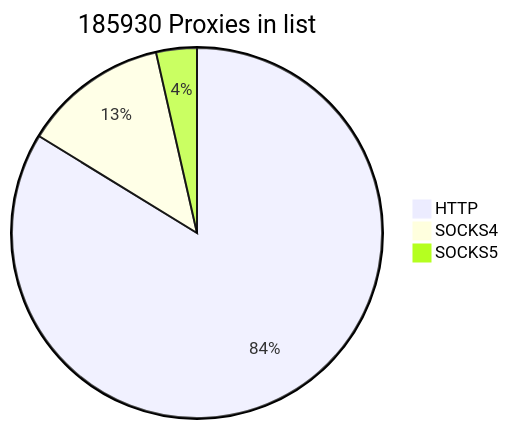
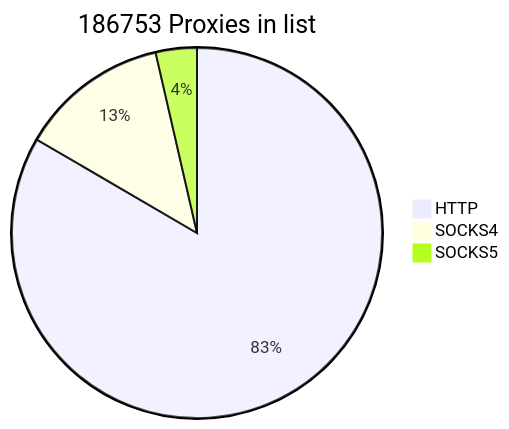
One commit to cutipu/proxylist changed the first of 2 diagrams in README.md. Above: the diagram before and after it, drawn with Mermaid. The commit also changed other lines of this file, not shown here.

````diff
--- a/README.md
+++ b/README.md
@@ -2,7 +2,7 @@
 ```mermaid
-pie title 185930 Proxies in list
-    "HTTP" : 155735
-    "SOCKS4" : 23588
-    "SOCKS5" : 6607
+pie title 186753 Proxies in list
+    "HTTP" : 155760
+    "SOCKS4" : 24288
+    "SOCKS5" : 6705
             
 ```
````
